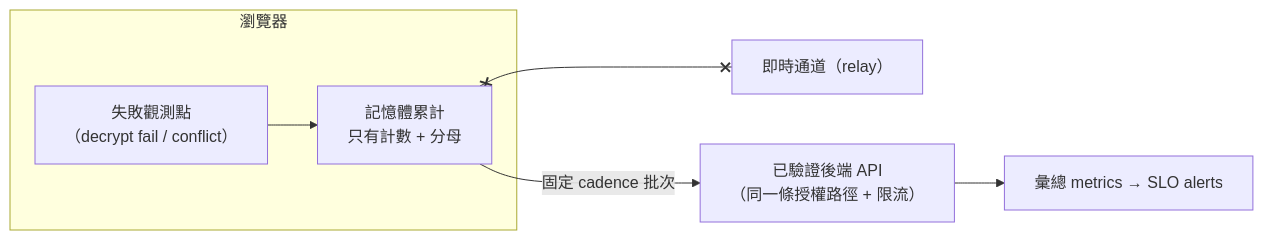
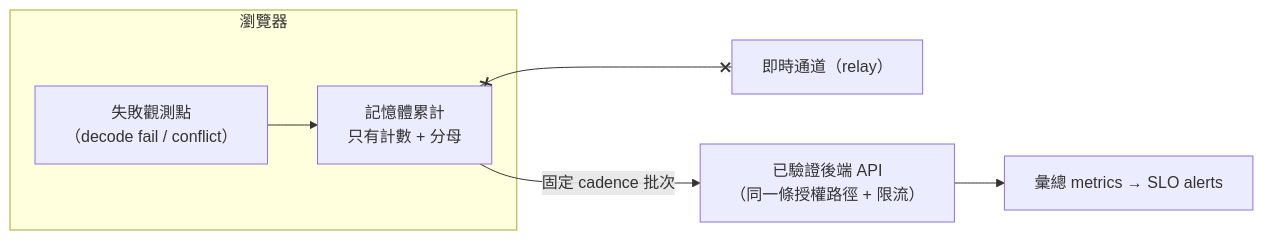
Before and after one commit to EricTsai83/drawstuff: the second of 2 diagrams in docs/system-design/privacy-safe-observability.md, drawn with Mermaid. The commit also changed other lines of this file and 48 other files, not shown here.

````diff
--- a/docs/system-design/privacy-safe-observability.md
+++ b/docs/system-design/privacy-safe-observability.md
@@ -68,11 +68,11 @@
 ```mermaid
 flowchart LR
     subgraph Client["瀏覽器"]
-        F["失敗觀測點<br/>（decrypt fail / conflict）"] --> ACC["記憶體累計<br/>只有計數 + 分母"]
+        F["失敗觀測點<br/>（decode fail / conflict）"] --> ACC["記憶體累計<br/>只有計數 + 分母"]
     end
     RT["即時通道（relay）"]
     API["已驗證後端 API<br/>（同一條授權路徑 + 限流）"]
     AGG["彙總 metrics → SLO alerts"]
     ACC -->|"固定 cadence 批次"| API --> AGG
     ACC x--x RT
 ```
````
